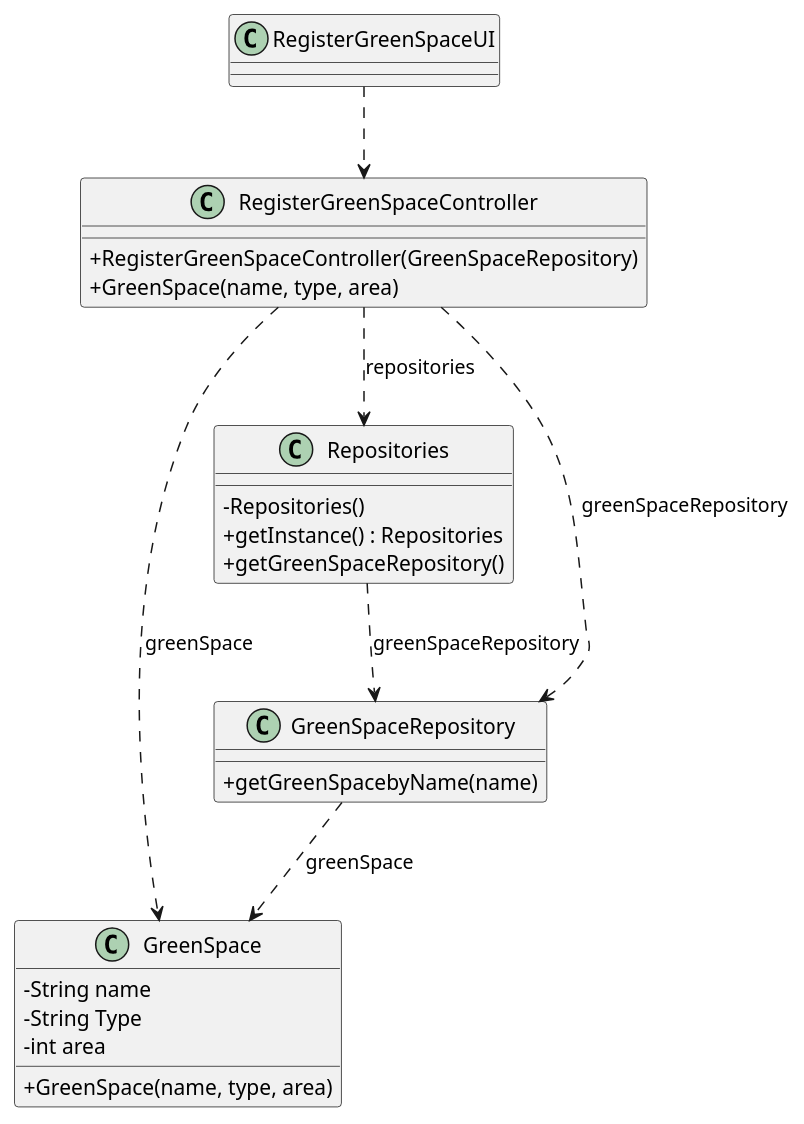
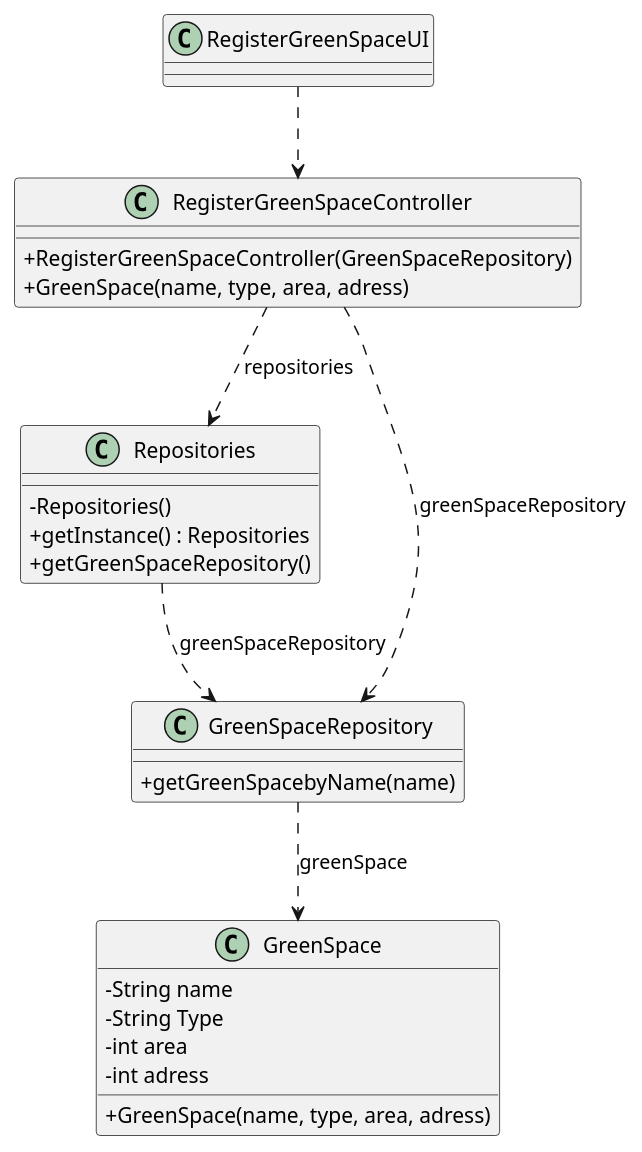
One commit to Departamento-de-Engenharia-Informatica/lei-24-s2-1dm-g132 changed the diagram in docs/sprintC/us020/03.design/puml/us020-class-diagram.puml. Above: the diagram before and after it, drawn with PlantUML. The commit also changed 3 other files, not shown here.

```diff
--- a/docs/sprintC/us020/03.design/puml/us020-class-diagram.puml
+++ b/docs/sprintC/us020/03.design/puml/us020-class-diagram.puml
@@ -1,39 +1,40 @@
 @startuml
 skinparam classAttributeIconSize 0
 
 class RegisterGreenSpaceController {
      + RegisterGreenSpaceController(GreenSpaceRepository)
-        + GreenSpace(name, type, area)
+        + GreenSpace(name, type, area, adress)
 
 }
 
 
 class RegisterGreenSpaceUI {
 
 }
 
 class GreenSpace
 {
     - String name
     - String Type
     - int area
-    + GreenSpace(name, type, area)
+    - int adress
+    + GreenSpace(name, type, area, adress)
 }
 class Repositories {
     - Repositories()
     + getInstance() : Repositories
     + getGreenSpaceRepository()
 }
 
 class GreenSpaceRepository {
    + getGreenSpacebyName(name)
 }
 
 RegisterGreenSpaceUI ..> RegisterGreenSpaceController
 RegisterGreenSpaceController ..> GreenSpaceRepository : greenSpaceRepository
 GreenSpaceRepository ..> GreenSpace : greenSpace
 Repositories ..> GreenSpaceRepository : greenSpaceRepository
 RegisterGreenSpaceController ..> Repositories : repositories
-RegisterGreenSpaceController ..> GreenSpace : greenSpace
+'RegisterGreenSpaceController ..> GreenSpace : greenSpace
 
 @enduml
```
